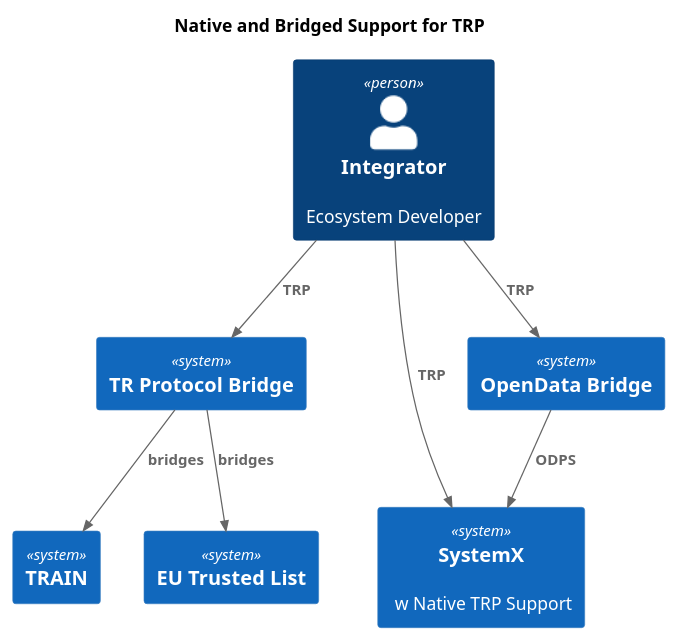
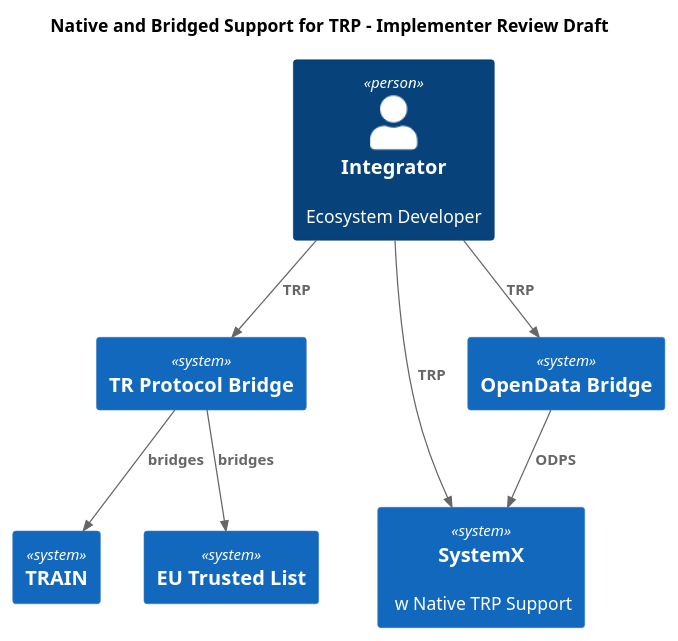
The diagram in diagrams/protocol-bridging.plantuml (trustoverip/tswg-trust-registry-protocol), drawn with PlantUML before and after one commit. The commit also changed 3 other files, not shown here.

```diff
--- a/diagrams/protocol-bridging.plantuml
+++ b/diagrams/protocol-bridging.plantuml
@@ -1,30 +1,30 @@
 @startuml
 !include https://raw.githubusercontent.com/plantuml-stdlib/C4-PlantUML/master/C4_Context.puml
 ' uncomment the following line and comment the first to use locally
 ' !include C4_Context.puml
 
 
-title Native and Bridged Support for TRP
+title Native and Bridged Support for TRP - Implementer Review Draft
 
 Person(Integrator, "Integrator", "Ecosystem Developer")
 
 System(Bridge, "TR Protocol Bridge")
 System(TRAIN, "TRAIN")
 System(EUTrustedList, "EU Trusted List")
 System(NativeSupport, "SystemX"," w Native TRP Support")
 
 System(OpenDataBridge, "OpenData Bridge")
 
 
 Rel(Integrator, Bridge, "TRP")
 Rel(Bridge, TRAIN,"bridges")
 Rel(Bridge, EUTrustedList, "bridges")
 
 Rel(Integrator, OpenDataBridge,"TRP")
 Rel(OpenDataBridge,NativeSupport,"ODPS")
 
 Rel(Integrator, NativeSupport,"TRP")
 
 
 
 @enduml 
```
